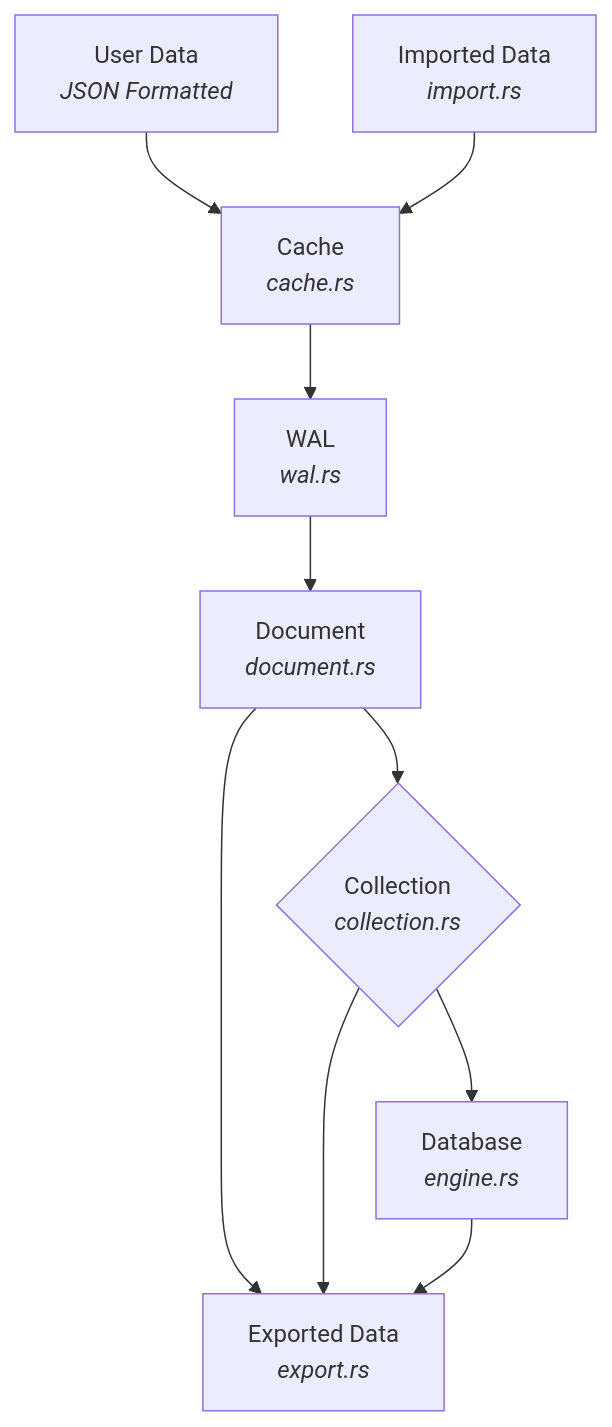
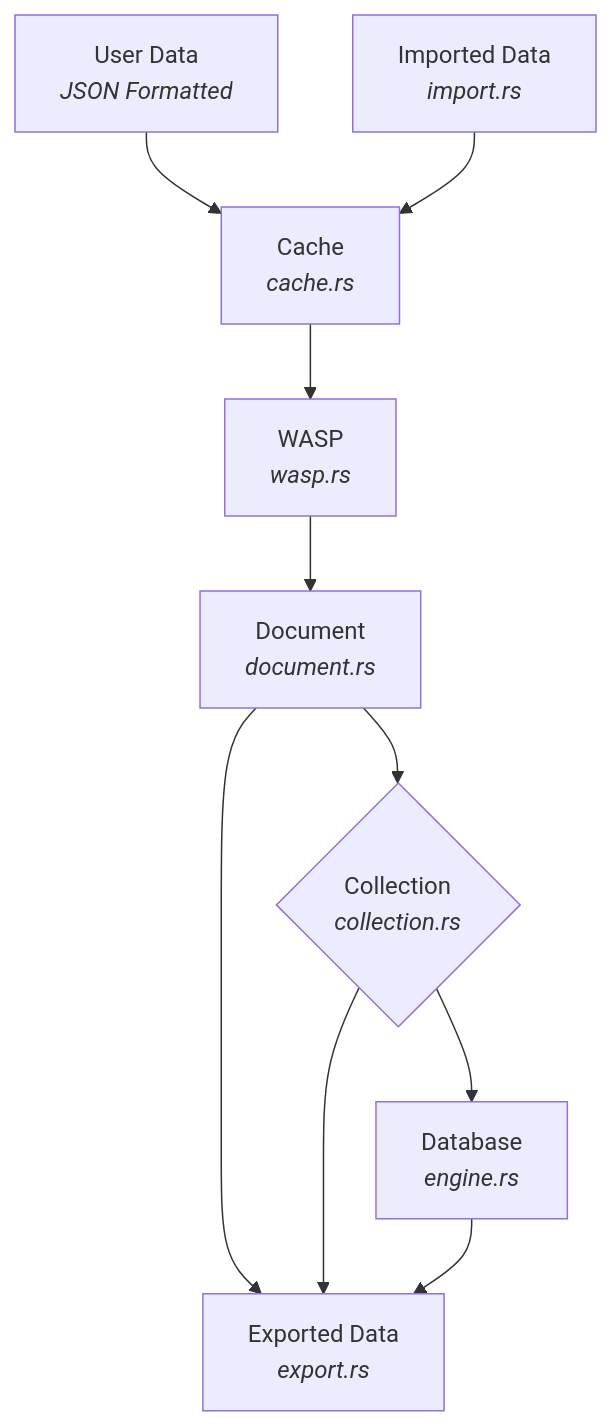
The diagram in Project_Development.md (saviornt/NexusLite), drawn with Mermaid before and after one commit. The commit also changed other lines of this file and 17 other files, not shown here.

````diff
--- a/Project_Development.md
+++ b/Project_Development.md
@@ -140,9 +200,9 @@
 ```mermaid
 flowchart TD
     A[User Data <br> <i>JSON Formatted</i>] --> C[Cache <br> <i>cache.rs</i>]
     B[Imported Data <br> <i>import.rs</i>] --> C
-    C --> D[WAL <br> <i>wal.rs</i>]
+    C --> D[WASP <br> <i>wasp.rs</i>]
     D --> E[Document <br> <i>document.rs</i>] --> H[Exported Data <br> <i>export.rs</i>]
     E --> F{Collection <br> <i>collection.rs</i>} --> H
     F --> G[Database <br> <i>engine.rs</i>] --> H
 ```
````
